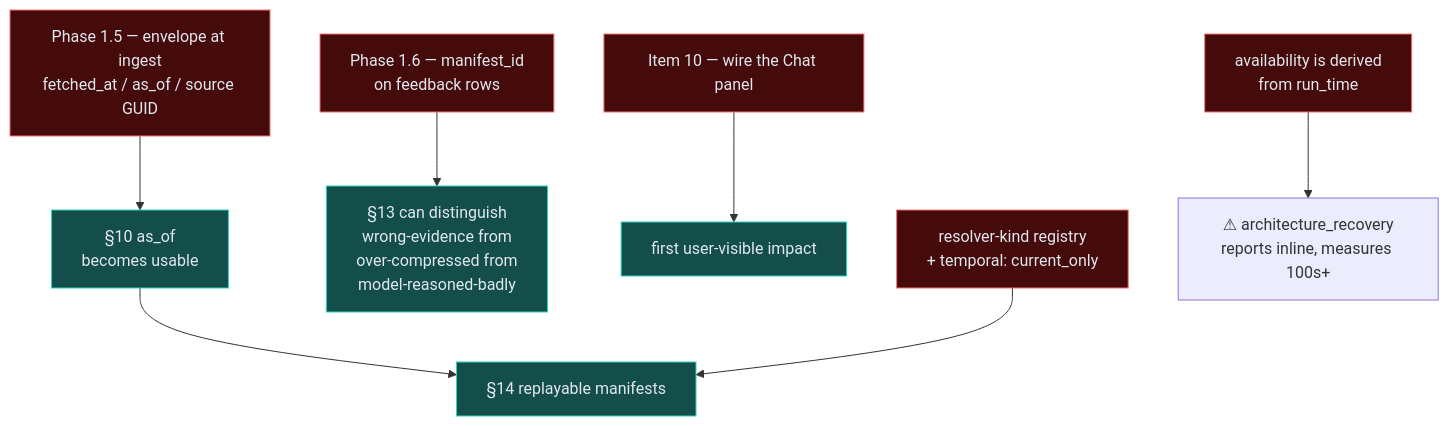
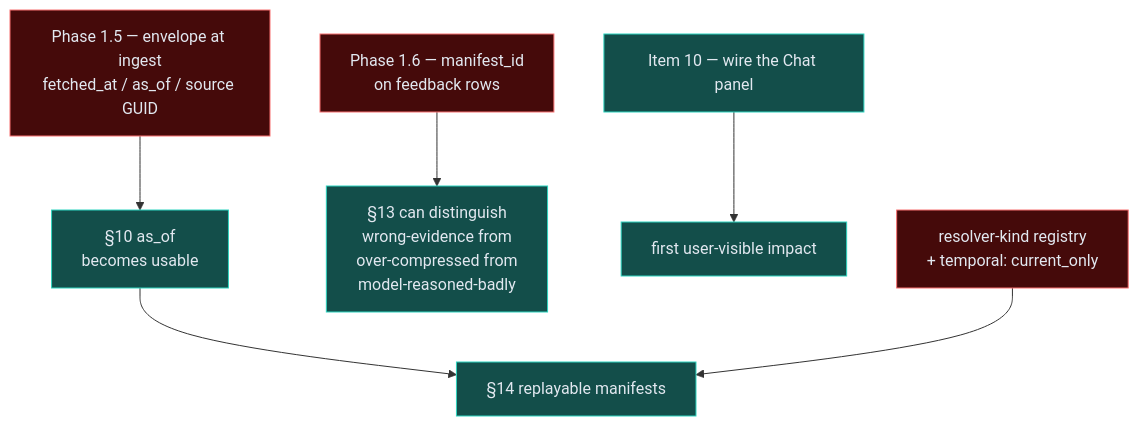
Before and after one commit to dwolfson/trellis: the third of 4 diagrams in packages/resource-explorer/docs/context-compiler-across-trellis.md, drawn with Mermaid. The commit also changed other lines of this file, not shown here.

````diff
--- a/packages/resource-explorer/docs/context-compiler-across-trellis.md
+++ b/packages/resource-explorer/docs/context-compiler-across-trellis.md
@@ -163,14 +196,13 @@
 ```mermaid
 graph TD
   A["Phase 1.5 — envelope at ingest<br/>fetched_at / as_of / source GUID"] --> B["§10 as_of<br/>becomes usable"]
   B --> C["§14 replayable manifests"]
   D["Phase 1.6 — manifest_id<br/>on feedback rows"] --> E["§13 can distinguish<br/>wrong-evidence from<br/>over-compressed from<br/>model-reasoned-badly"]
   F["Item 10 — wire the Chat panel"] --> G["first user-visible impact"]
   H["resolver-kind registry<br/>+ temporal: current_only"] --> C
-  I["availability is derived<br/>from run_time"] --> J["⚠ architecture_recovery<br/>reports inline, measures 100s+"]
 
   classDef blocked fill:#450a0a,stroke:#f87171,color:#e2e8f0
   classDef ok fill:#134e4a,stroke:#2dd4bf,color:#e2e8f0
-  class A,D,F,H,I blocked
-  class B,C,E,G ok
+  class A,D,H blocked
+  class B,C,E,F,G ok
 ```
````
